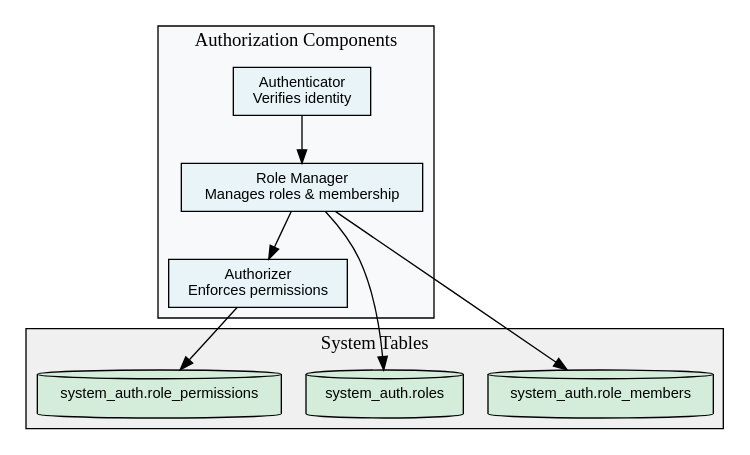
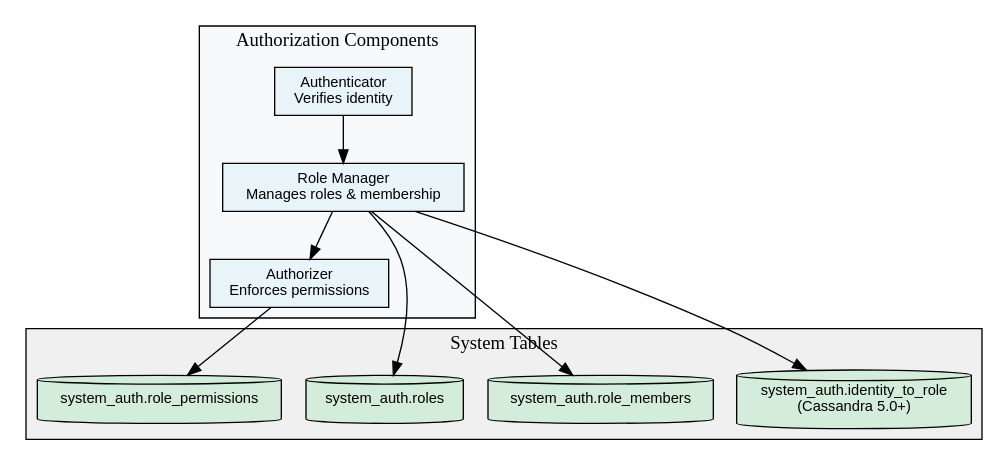
Before and after one commit to axonops/documentation: the first of 3 diagrams in docs/cassandra/security/authorization/index.md, drawn with Graphviz. The commit also changed other lines of this file and 5 other files, not shown here.

````diff
--- a/docs/cassandra/security/authorization/index.md
+++ b/docs/cassandra/security/authorization/index.md
@@ -20,33 +20,35 @@
 ```graphviz dot authorization-architecture.svg
 digraph auth_architecture {
     rankdir=TB;
     node [fontname="Helvetica", fontsize=11];
     edge [fontname="Helvetica", fontsize=10];
 
     subgraph cluster_components {
         label="Authorization Components";
         style=filled;
         fillcolor="#f8f9fa";
 
         authenticator [label="Authenticator\nVerifies identity", shape=box, style=filled, fillcolor="#e8f4f8"];
         role_manager [label="Role Manager\nManages roles & membership", shape=box, style=filled, fillcolor="#e8f4f8"];
         authorizer [label="Authorizer\nEnforces permissions", shape=box, style=filled, fillcolor="#e8f4f8"];
     }
 
     subgraph cluster_storage {
         label="System Tables";
         style=filled;
         fillcolor="#f0f0f0";
 
         roles [label="system_auth.roles", shape=cylinder, style=filled, fillcolor="#d4edda"];
         role_members [label="system_auth.role_members", shape=cylinder, style=filled, fillcolor="#d4edda"];
         role_permissions [label="system_auth.role_permissions", shape=cylinder, style=filled, fillcolor="#d4edda"];
+        identity_to_role [label="system_auth.identity_to_role\n(Cassandra 5.0+)", shape=cylinder, style=filled, fillcolor="#d4edda"];
     }
 
     authenticator -> role_manager;
     role_manager -> authorizer;
     role_manager -> roles;
     role_manager -> role_members;
+    role_manager -> identity_to_role;
     authorizer -> role_permissions;
 }
 ```
````
